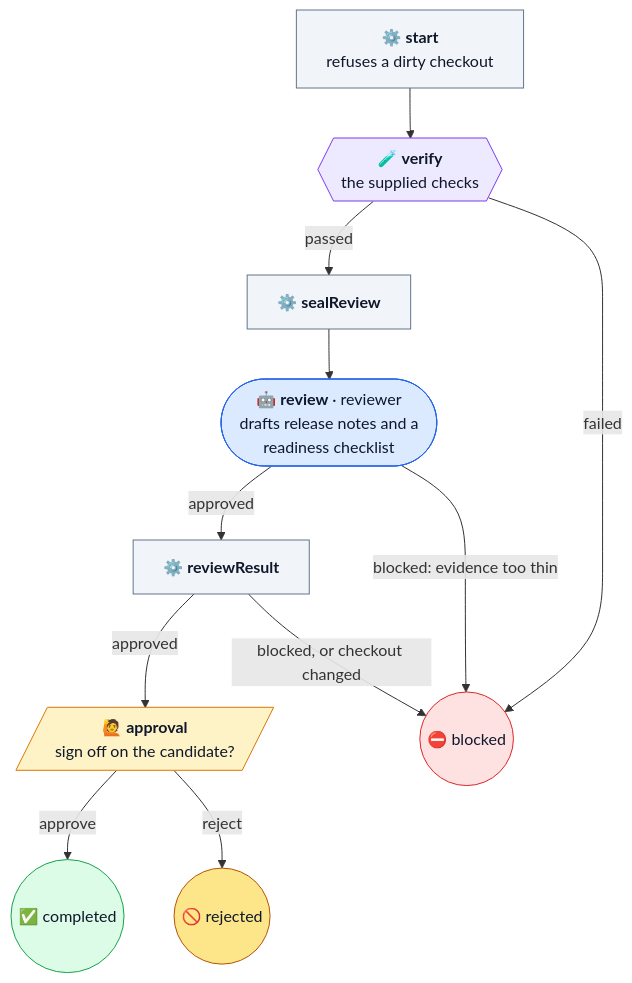
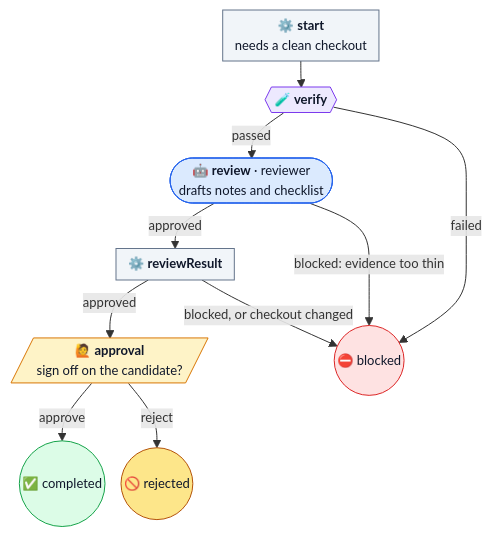
Before and after one commit to dna113p/machine-shop: the diagram in docs/workflows/prepare-release.md, drawn with Mermaid. The commit also changed 13 other files, not shown here.

First line of the commit message:
The workflow diagrams are about half their size

````diff
--- a/docs/workflows/prepare-release.md
+++ b/docs/workflows/prepare-release.md
@@ -40,37 +40,37 @@
 ```mermaid
+%%{init: {"themeVariables": {"fontSize": "13px"}, "flowchart": {"nodeSpacing": 16, "rankSpacing": 26, "padding": 6, "diagramPadding": 4}}}%%
 flowchart TD
-  start["⚙️ <b>start</b><br/>refuses a dirty checkout"]
-  verify{{"🧪 <b>verify</b><br/>the supplied checks"}}
-  seal["⚙️ <b>sealReview</b>"]
-  review(["🤖 <b>review</b> · reviewer<br/>drafts release notes and a<br/>readiness checklist"])
+  start["⚙️ <b>start</b><br/>needs a clean checkout"]
+  verify{{"🧪 <b>verify</b>"}}
+  review(["🤖 <b>review</b> · reviewer<br/>drafts notes and checklist"])
   result["⚙️ <b>reviewResult</b>"]
   approval[/"🙋 <b>approval</b><br/>sign off on the candidate?"/]
   done(("✅ completed"))
   blocked(("⛔ blocked"))
   rejected(("🚫 rejected"))
 
   start --> verify
-  verify -->|passed| seal --> review
+  verify -->|passed| review
   verify -->|failed| blocked
   review -->|approved| result
   review -->|"blocked: evidence too thin"| blocked
   result -->|approved| approval
   result -->|"blocked, or checkout changed"| blocked
   approval -->|approve| done
   approval -->|reject| rejected
 
   classDef agent fill:#dbeafe,stroke:#2563eb,color:#0f172a
   classDef op fill:#f1f5f9,stroke:#64748b,color:#0f172a
   classDef gate fill:#ede9fe,stroke:#7c3aed,color:#0f172a
   classDef human fill:#fef3c7,stroke:#d97706,color:#0f172a
   classDef good fill:#dcfce7,stroke:#16a34a,color:#0f172a
   classDef bad fill:#fee2e2,stroke:#dc2626,color:#0f172a
   classDef no fill:#fde68a,stroke:#b45309,color:#0f172a
   class review agent
-  class start,seal,result op
+  class start,result op
   class verify gate
   class approval human
   class done good
   class blocked bad
   class rejected no
 ```
````
